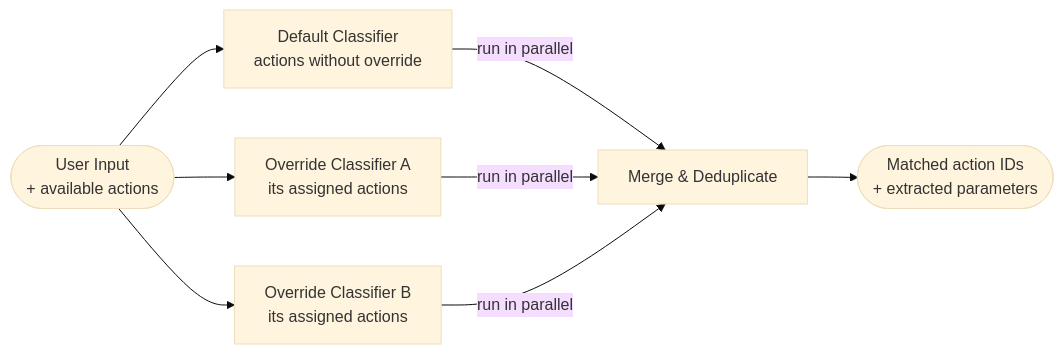
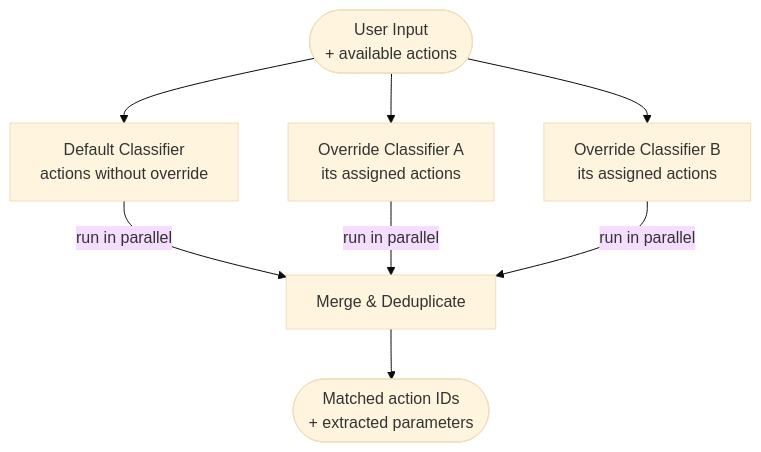
The diagram in docs/guide/classifiers.md (utter-one/bonsai), drawn with Mermaid (base theme) before and after one commit. The commit also changed 1 other file, not shown here.

Commit message:
feat(docs): update flowcharts in classifiers and context transformers documentation for improved clarity

````diff
--- a/docs/guide/classifiers.md
+++ b/docs/guide/classifiers.md
@@ -121,10 +121,10 @@
 ```mermaid
-flowchart LR
+flowchart TB
     A(["User Input<br>+ available actions"]) --> B["Default Classifier<br>actions without override"]
     A --> C["Override Classifier A<br>its assigned actions"]
     A --> D["Override Classifier B<br>its assigned actions"]
     B -- run in parallel --> E[Merge & Deduplicate]
     C -- run in parallel --> E
     D -- run in parallel --> E
     E --> F(["Matched action IDs<br>+ extracted parameters"])
 ```
````
